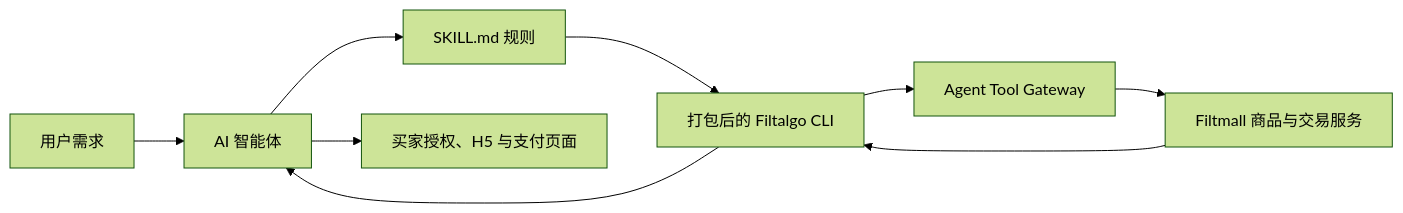
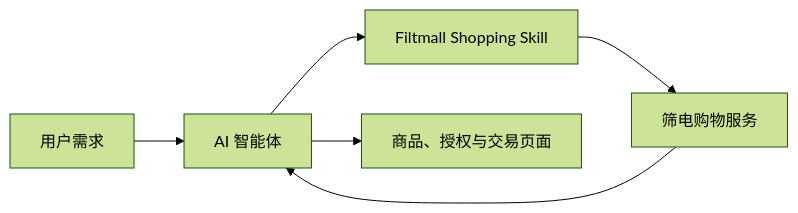
One commit to filtalgo/Filtmall-Shopping-Skill changed the diagram in README.zh-CN.md. Above: the diagram before and after it, drawn with Mermaid (forest theme). The commit also changed other lines of this file and 1 other file, not shown here.

Commit message:
clarify public architecture and company profile

````diff
--- a/README.zh-CN.md
+++ b/README.zh-CN.md
@@ -48,11 +48,8 @@
 ```mermaid
 flowchart LR
     U["用户需求"] --> A["AI 智能体"]
-    A --> S["SKILL.md 规则"]
-    S --> C["打包后的 Filtalgo CLI"]
-    C --> G["Agent Tool Gateway"]
-    G --> F["Filtmall 商品与交易服务"]
-    F --> C
-    C --> A
-    A --> H["买家授权、H5 与支付页面"]
+    A --> S["Filtmall Shopping Skill"]
+    S --> F["筛电购物服务"]
+    F --> A
+    A --> H["商品、授权与交易页面"]
 ```
````
